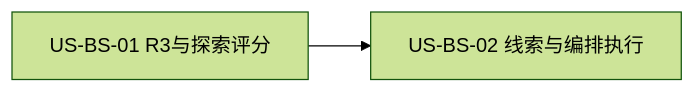
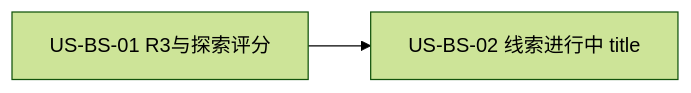
The diagram in docs/26-需求-业务按钮可用状态.md (Pedro-MAFS/ftcs), drawn with Mermaid (forest theme) before and after one commit. The commit also changed other lines of this file, not shown here.

````diff
--- a/docs/26-需求-业务按钮可用状态.md
+++ b/docs/26-需求-业务按钮可用状态.md
@@ -68,4 +69,4 @@
 ```mermaid
 flowchart LR
-  BS01[US-BS-01 R3与探索评分] --> BS02[US-BS-02 线索与编排执行]
+  BS01[US-BS-01 R3与探索评分] --> BS02[US-BS-02 线索进行中 title]
 ```
````
